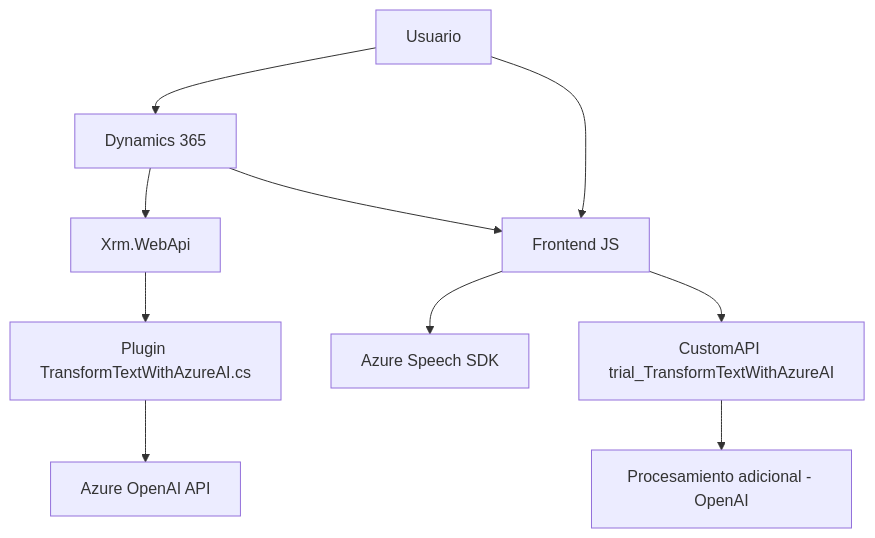
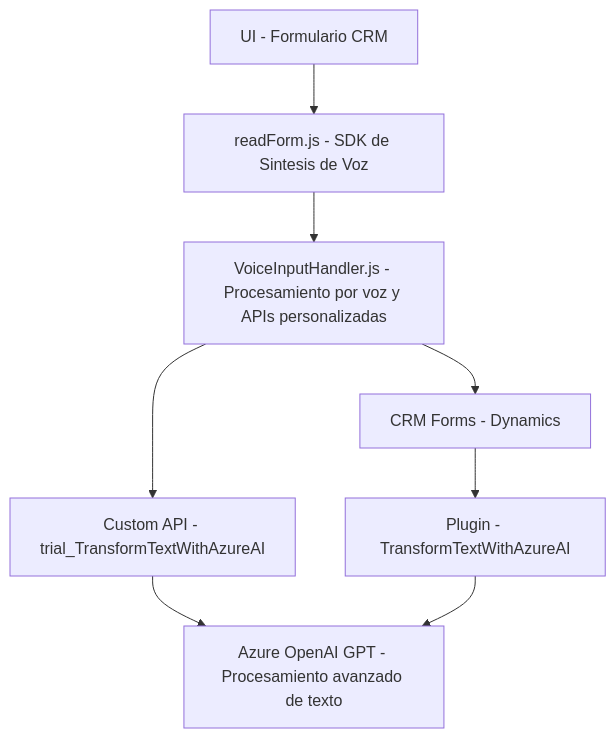
Before and after one commit to blopezdm/NETCORE_BILBAO2025: the diagram in README.md, drawn with Mermaid. The commit also changed other lines of this file, not shown here.

````diff
--- a/README.md
+++ b/README.md
@@ -60,12 +41,10 @@
 ```mermaid
 graph TD
-    User["Usuario"] --> Dynamics365["Dynamics 365"]
-    Dynamics365 --> XrmWebApi["Xrm.WebApi"]
-    XrmWebApi --> Plugin["Plugin TransformTextWithAzureAI.cs"]
-    Plugin --> AzureOpenAI["Azure OpenAI API"]
-    User --> Frontend_JS["Frontend JS"]
-    Frontend_JS --> AzureSpeechSDK["Azure Speech SDK"]
-    Dynamics365 --> Frontend_JS
-    Frontend_JS --> CustomAPI["CustomAPI trial_TransformTextWithAzureAI"]
-    CustomAPI --> AdditionalProcessing["Procesamiento adicional - OpenAI"]
+    A["UI - Formulario CRM"] --> B["readForm.js - SDK de Sintesis de Voz"]
+    B --> C["VoiceInputHandler.js - Procesamiento por voz y APIs personalizadas"]
+    C --> D["CRM Forms - Dynamics"]
+    C --> E["Custom API - trial_TransformTextWithAzureAI"]
+    E --> F["Azure OpenAI GPT - Procesamiento avanzado de texto"]
+    D --> G["Plugin - TransformTextWithAzureAI"]
+    G --> F
 ```
````
